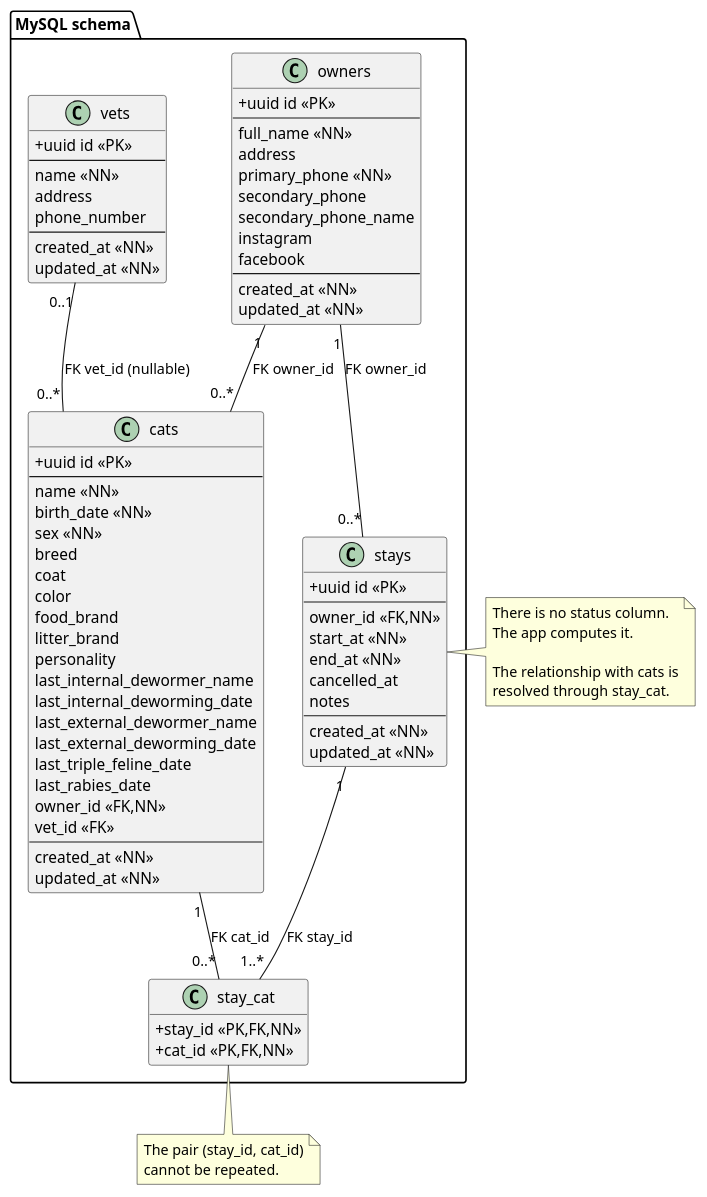
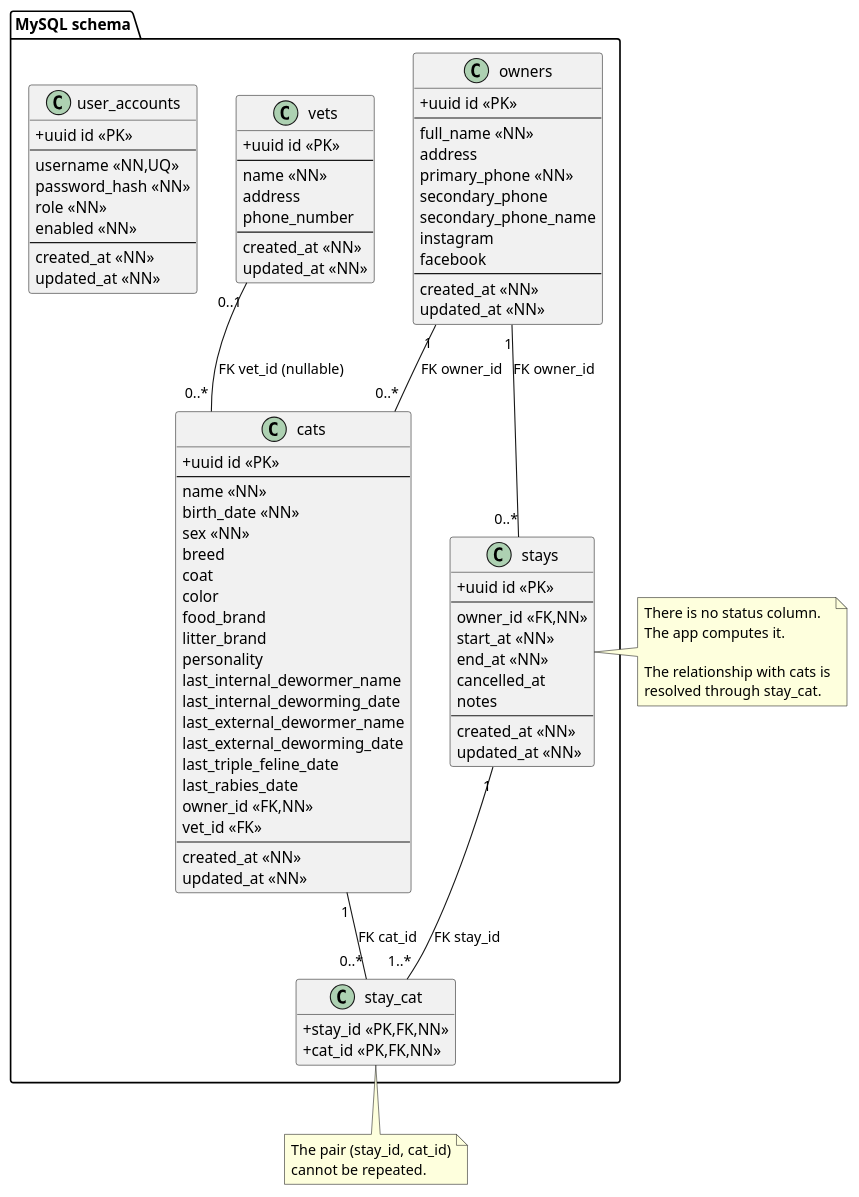
The diagram in docs/uml/02-db-schema.puml (TheZenithPassage/catworld), drawn with PlantUML before and after one commit. The commit also changed 16 other files, not shown here.

```diff
--- a/docs/uml/02-db-schema.puml
+++ b/docs/uml/02-db-schema.puml
@@ -1,97 +1,109 @@
 @startuml
 hide methods
 hide stereotypes
 skinparam classAttributeIconSize 0
 
 package "MySQL schema" {
 
   class owners <<table>> {
     +uuid id <<PK>>
     --
     full_name <<NN>>
     address
     primary_phone <<NN>>
     secondary_phone
     secondary_phone_name
     instagram
     facebook
     --
     created_at <<NN>>
     updated_at <<NN>>
   }
 
   class vets <<table>> {
     +uuid id <<PK>>
     --
     name <<NN>>
     address
     phone_number
     --
     created_at <<NN>>
     updated_at <<NN>>
   }
 
   class cats <<table>> {
     +uuid id <<PK>>
     --
     name <<NN>>
     birth_date <<NN>>
     sex <<NN>>
     breed
     coat
     color
     food_brand
     litter_brand
     personality
     last_internal_dewormer_name
     last_internal_deworming_date
     last_external_dewormer_name
     last_external_deworming_date
     last_triple_feline_date
     last_rabies_date
     owner_id <<FK,NN>>
     vet_id <<FK>>
     --
     created_at <<NN>>
     updated_at <<NN>>
   }
 
   class stays <<table>> {
     +uuid id <<PK>>
     --
     owner_id <<FK,NN>>
     start_at <<NN>>
     end_at <<NN>>
     cancelled_at
     notes
     --
     created_at <<NN>>
     updated_at <<NN>>
   }
 
   class stay_cat <<table>> {
     +stay_id <<PK,FK,NN>>
     +cat_id <<PK,FK,NN>>
   }
 
+  class user_accounts <<table>> {
+    +uuid id <<PK>>
+    --
+    username <<NN,UQ>>
+    password_hash <<NN>>
+    role <<NN>>
+    enabled <<NN>>
+    --
+    created_at <<NN>>
+    updated_at <<NN>>
+  }
+
   owners "1" -- "0..*" cats : FK owner_id
   vets   "0..1" -- "0..*" cats : FK vet_id (nullable)
   owners "1" -- "0..*" stays : FK owner_id
   stays  "1" -- "1..*" stay_cat : FK stay_id
   cats   "1" -- "0..*" stay_cat : FK cat_id
 }
 
 note right of stays
 There is no status column.
 The app computes it.
 
 The relationship with cats is
 resolved through stay_cat.
 end note
 
 note bottom of stay_cat
 The pair (stay_id, cat_id)
 cannot be repeated.
 end note
 
 @enduml
```
